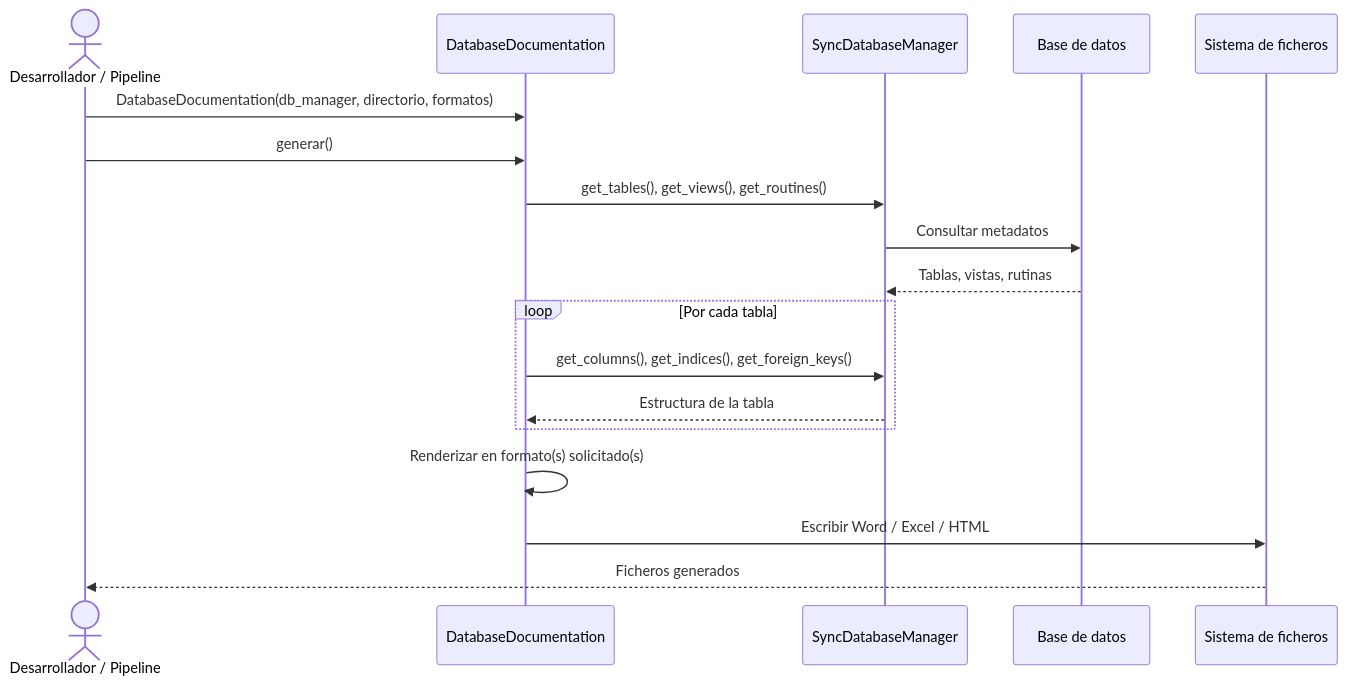
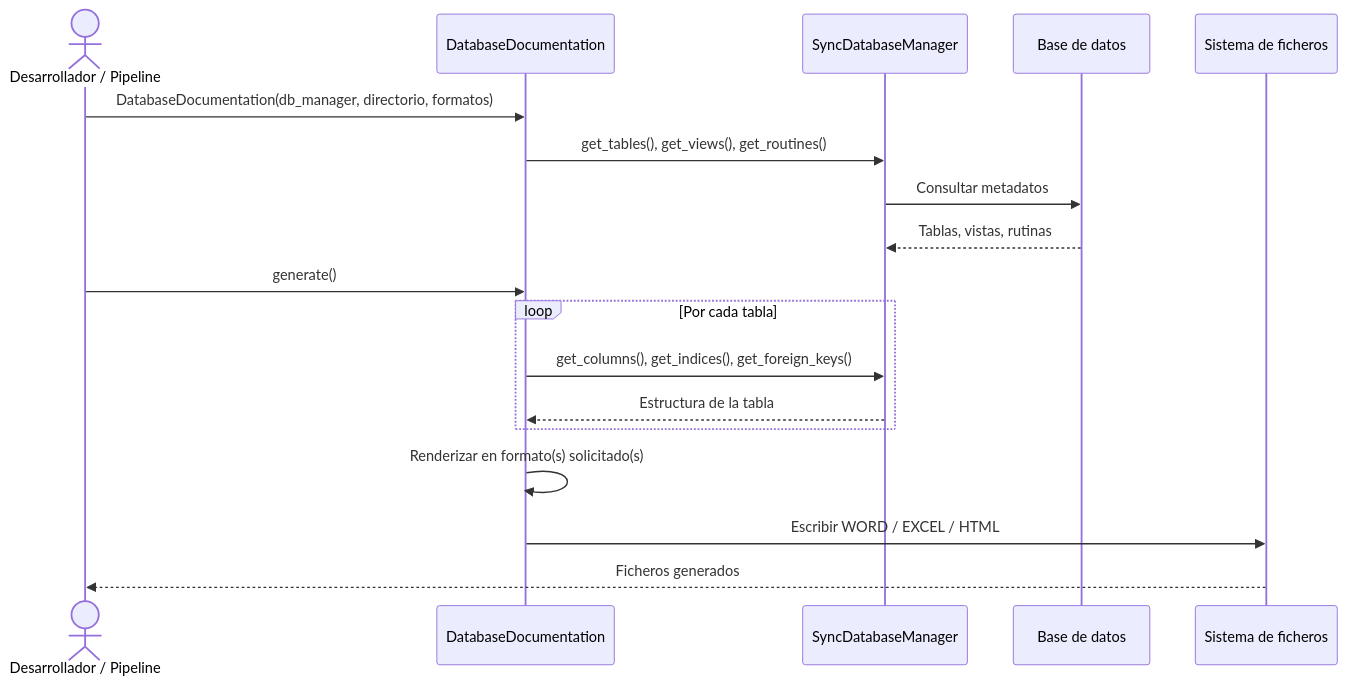
Before and after one commit to fmanza/util_bbdd: the diagram in docs/functional/database-documentation.md, drawn with Mermaid. The commit also changed other lines of this file and 42 other files, not shown here.

````diff
--- a/docs/functional/database-documentation.md
+++ b/docs/functional/database-documentation.md
@@ -17,23 +25,23 @@
 ```mermaid
 sequenceDiagram
     actor Dev as Desarrollador / Pipeline
     participant Doc as DatabaseDocumentation
     participant Mgr as SyncDatabaseManager
     participant BD as Base de datos
     participant FS as Sistema de ficheros
 
     Dev->>Doc: DatabaseDocumentation(db_manager, directorio, formatos)
-    Dev->>Doc: generar()
     Doc->>Mgr: get_tables(), get_views(), get_routines()
     Mgr->>BD: Consultar metadatos
     BD-->>Mgr: Tablas, vistas, rutinas
+    Dev->>Doc: generate()
 
     loop Por cada tabla
         Doc->>Mgr: get_columns(), get_indices(), get_foreign_keys()
         Mgr-->>Doc: Estructura de la tabla
     end
 
     Doc->>Doc: Renderizar en formato(s) solicitado(s)
-    Doc->>FS: Escribir Word / Excel / HTML
+    Doc->>FS: Escribir WORD / EXCEL / HTML
     FS-->>Dev: Ficheros generados
 ```
````
